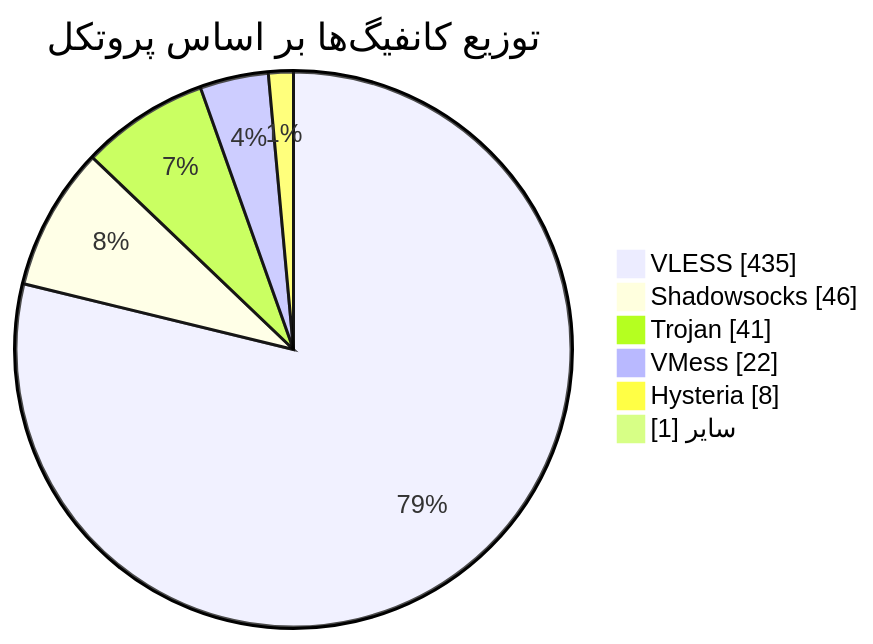
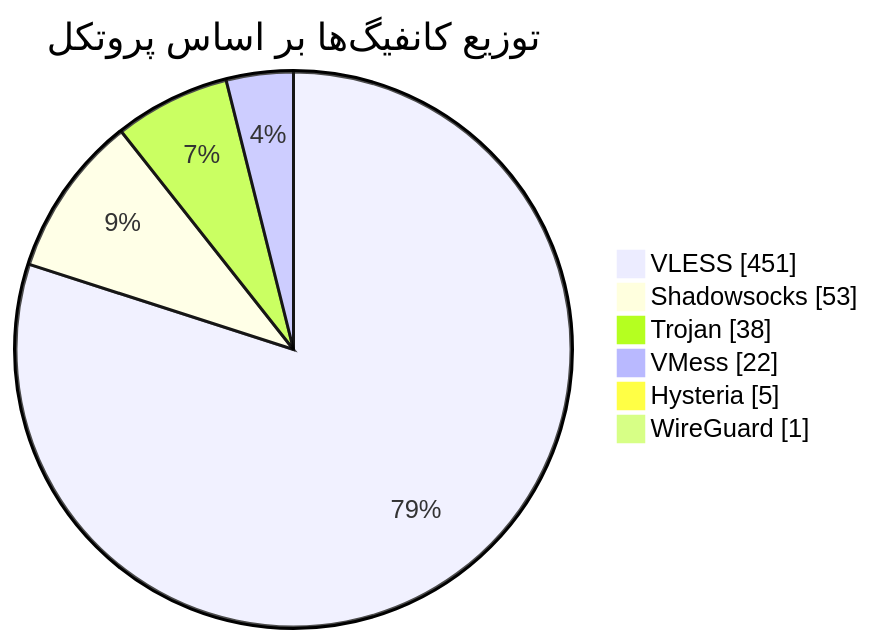
The diagram in README.md (Arian-Alijani/Somthing), drawn with Mermaid before and after one commit. The commit also changed other lines of this file and 77 other files, not shown here.

````diff
--- a/README.md
+++ b/README.md
@@ -48,10 +48,10 @@
 ```mermaid
 pie showData
     title توزیع کانفیگ‌ها بر اساس پروتکل
-    "VLESS" : 435
-    "Shadowsocks" : 46
-    "Trojan" : 41
+    "VLESS" : 451
+    "Shadowsocks" : 53
+    "Trojan" : 38
     "VMess" : 22
-    "Hysteria" : 8
-    "سایر" : 1
+    "Hysteria" : 5
+    "WireGuard" : 1
 ```
````
